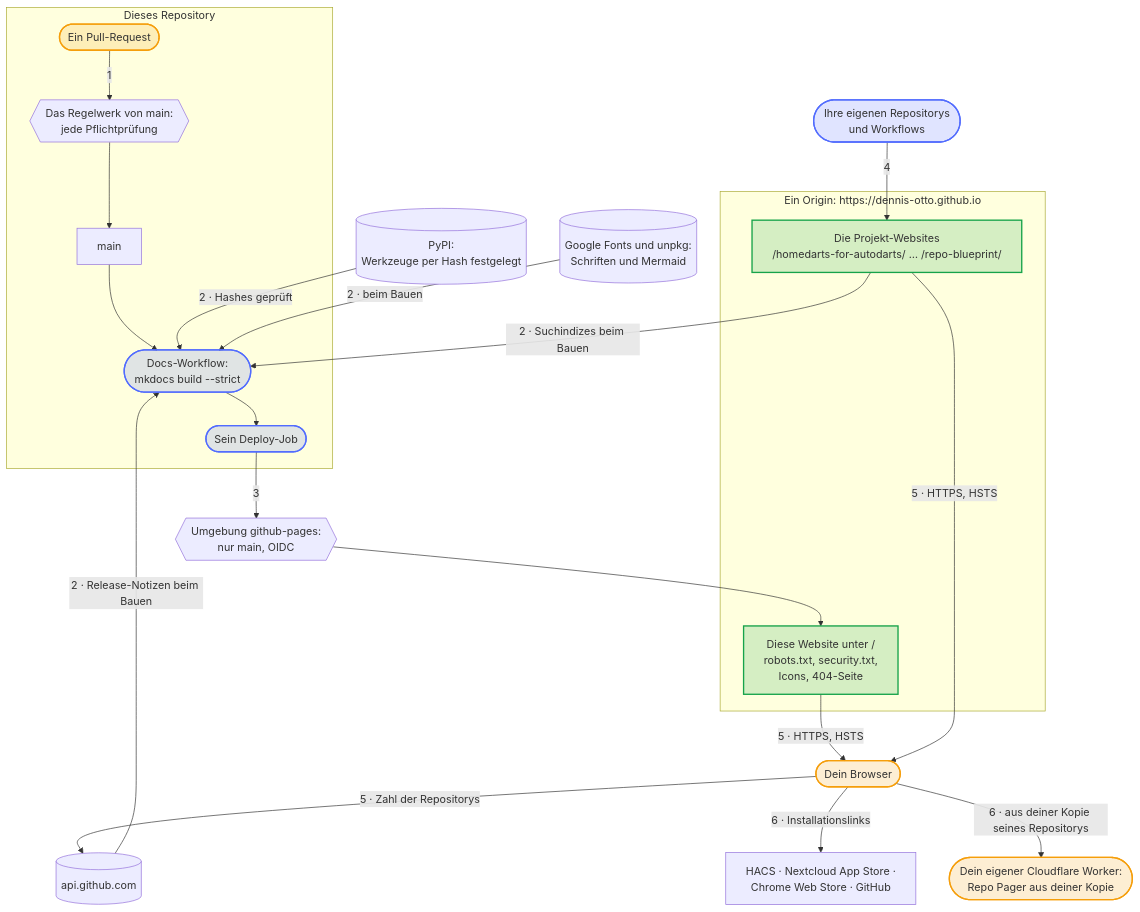
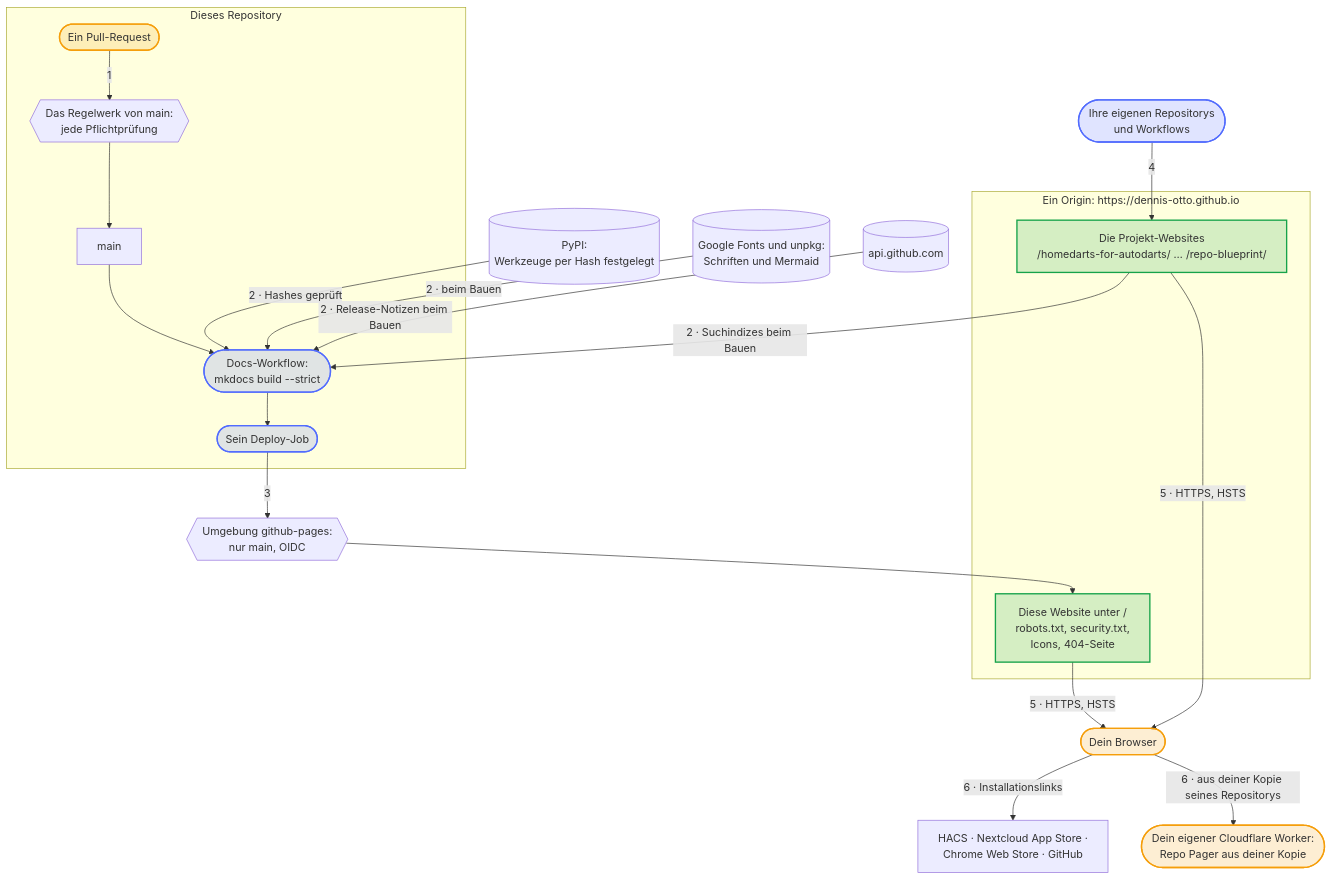
One commit to Dennis-Otto/dennis-otto.github.io changed the diagram in docs/diagrams/the-trust-boundaries-of-the-website.de.mmd. Above: the diagram before and after it, drawn with Mermaid. The commit also changed 23 other files, not shown here.

First line of the commit message:
fix: the security page no longer says that the header asks api.github.com (#238)

```diff
--- a/docs/diagrams/the-trust-boundaries-of-the-website.de.mmd
+++ b/docs/diagrams/the-trust-boundaries-of-the-website.de.mmd
@@ -1,50 +1,49 @@
 ---
 config:
   flowchart:
     wrappingWidth: 400
 ---
 flowchart TB
     accTitle: Die Vertrauensgrenzen der Website
-    accDescr: Sechs Grenzen. 1, ein Pull-Request kommt nur über das Regelwerk von main und jede Pflichtprüfung nach main. 2, der Docs-Workflow baut die Website aus main mit Werkzeugen von PyPI, die mit ihren Hashes festgelegt sind, und lädt beim Bauen die Schriften von Google Fonts, Mermaid von unpkg und die Suchindizes der Projekt-Websites herunter und liest die Notizen der neuesten Releases jedes Projekts von api.github.com, von denen er nur Text, Listen, Überschriften, Tabellen, Code, Zitate und https-Links behält. 3, allein sein Deploy-Job veröffentlicht die Website, in der Umgebung github-pages, die nur main zulässt, mit einem kurzlebigen OIDC-Token. 4, GitHub Pages liefert diese Website an der Wurzel von dennis-otto.github.io aus, im selben Origin wie die Projekt-Websites, die jeweils von ihrem eigenen Repository gebaut und veröffentlicht werden. 5, dein Browser erhält die Seiten über HTTPS und fragt api.github.com nach der Zahl der öffentlichen Repositorys. 6, die Installationslinks führen zu HACS, zum Nextcloud App Store, zum Chrome Web Store und zu GitHub, und jede Person stellt Repo Pager aus einer Kopie seines Repositorys als eigenen Cloudflare Worker bereit.
+    accDescr: Sechs Grenzen. 1, ein Pull-Request kommt nur über das Regelwerk von main und jede Pflichtprüfung nach main. 2, der Docs-Workflow baut die Website aus main mit Werkzeugen von PyPI, die mit ihren Hashes festgelegt sind, und lädt beim Bauen die Schriften von Google Fonts, Mermaid von unpkg und die Suchindizes der Projekt-Websites herunter und liest die Notizen der neuesten Releases jedes Projekts von api.github.com, von denen er nur Text, Listen, Überschriften, Tabellen, Code, Zitate und https-Links behält. 3, allein sein Deploy-Job veröffentlicht die Website, in der Umgebung github-pages, die nur main zulässt, mit einem kurzlebigen OIDC-Token. 4, GitHub Pages liefert diese Website an der Wurzel von dennis-otto.github.io aus, im selben Origin wie die Projekt-Websites, die jeweils von ihrem eigenen Repository gebaut und veröffentlicht werden. 5, dein Browser erhält die Seiten über HTTPS, und ein aktueller Browser fragt keinen anderen Server. 6, die Installationslinks führen zu HACS, zum Nextcloud App Store, zum Chrome Web Store und zu GitHub, und jede Person stellt Repo Pager aus einer Kopie seines Repositorys als eigenen Cloudflare Worker bereit.
 
     subgraph repo ["Dieses Repository"]
         pr(["Ein Pull-Request"])
         checks{{"Das Regelwerk von main:<br>jede Pflichtprüfung"}}
         main["main"]
         build(["Docs-Workflow:<br>mkdocs build --strict"])
         deploy(["Sein Deploy-Job"])
     end
 
     pypi[("PyPI:<br>Werkzeuge per Hash festgelegt")]
     downloads[("Google Fonts und unpkg:<br>Schriften und Mermaid")]
     environment{{"Umgebung github-pages:<br>nur main, OIDC"}}
 
     subgraph origin ["Ein Origin: https://dennis-otto.github.io"]
         root["Diese Website unter /<br>robots.txt, security.txt,<br>Icons, 404-Seite"]
         projects["Die Projekt-Websites<br>/homedarts-for-autodarts/ … /repo-blueprint/"]
     end
 
     others(["Ihre eigenen Repositorys<br>und Workflows"])
     browser(["Dein Browser"])
     api[("api.github.com")]
     stores["HACS · Nextcloud App Store ·<br>Chrome Web Store · GitHub"]
     worker(["Dein eigener Cloudflare Worker:<br>Repo Pager aus deiner Kopie"])
 
     pr -- "1" --> checks --> main --> build
     pypi -- "2 · Hashes geprüft" --> build
     downloads -- "2 · beim Bauen" --> build
     projects -- "2 · Suchindizes beim Bauen" --> build
     build --> deploy -- "3" --> environment --> root
     others -- "4" --> projects
     root & projects -- "5 · HTTPS, HSTS" --> browser
-    browser -- "5 · Zahl der Repositorys" --> api
     api -- "2 · Release-Notizen beim Bauen" --> build
     browser -- "6 · Installationslinks" --> stores
     browser -- "6 · aus deiner Kopie seines Repositorys" --> worker
 
     classDef bot fill:#526cfe2e,stroke:#526cfe,stroke-width:2px
     classDef person fill:#f59e0b2e,stroke:#f59e0b,stroke-width:2px
     classDef done fill:#16a34a2e,stroke:#16a34a,stroke-width:2px
     class build,deploy,others bot
     class pr,browser,worker person
     class root,projects done
```
